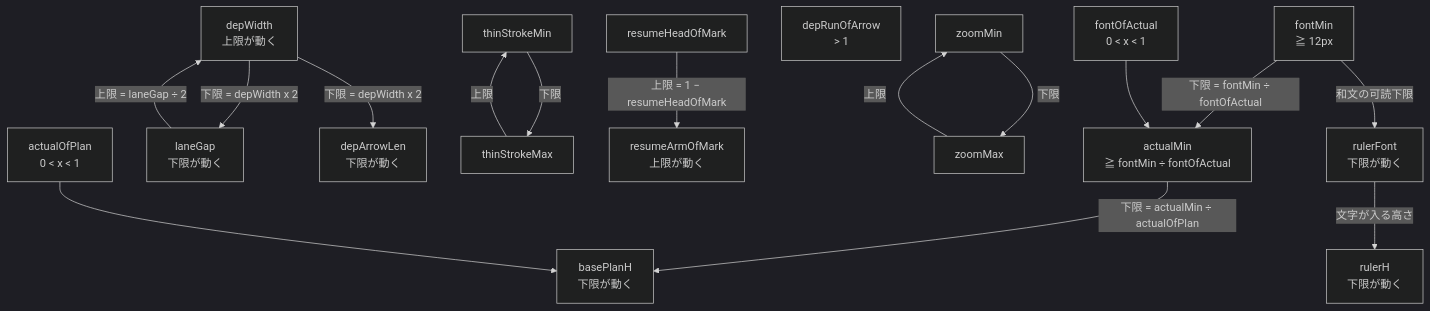
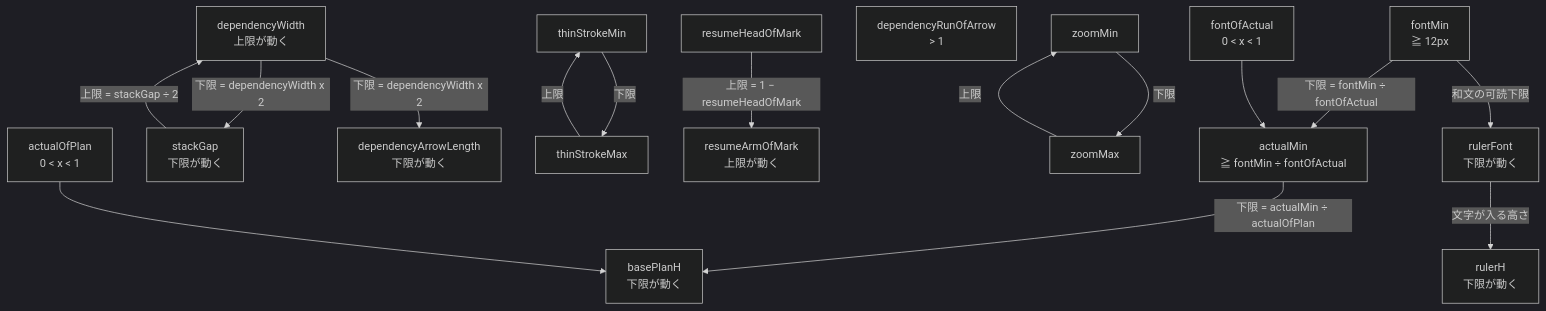
One commit to GoodRelax/gr-scheduler changed the third of 3 diagrams in handover/03-ui-naming/handover-ui-detail-spec-ja.md. Above: the diagram before and after it, drawn with Mermaid (dark theme). The commit also changed other lines of this file and 22 other files, not shown here.

````diff
--- a/handover/03-ui-naming/handover-ui-detail-spec-ja.md
+++ b/handover/03-ui-naming/handover-ui-detail-spec-ja.md
@@ -644,35 +644,35 @@
 ```mermaid
 graph TD
     fontMin["fontMin<br/>≧ 12px"]
     actualOfPlan["actualOfPlan<br/>0 &lt; x &lt; 1"]
     fontOfActual["fontOfActual<br/>0 &lt; x &lt; 1"]
     basePlanH["basePlanH<br/>下限が動く"]
-    depWidth["depWidth<br/>上限が動く"]
-    laneGap["laneGap<br/>下限が動く"]
-    depArrowLen["depArrowLen<br/>下限が動く"]
-    depRunOfArrow["depRunOfArrow<br/>&gt; 1"]
+    dependencyWidth["dependencyWidth<br/>上限が動く"]
+    stackGap["stackGap<br/>下限が動く"]
+    dependencyArrowLength["dependencyArrowLength<br/>下限が動く"]
+    dependencyRunOfArrow["dependencyRunOfArrow<br/>&gt; 1"]
     thinMin["thinStrokeMin"]
     thinMax["thinStrokeMax"]
     resumeArm["resumeArmOfMark<br/>上限が動く"]
     resumeHead["resumeHeadOfMark"]
     zoomMin["zoomMin"]
     zoomMax["zoomMax"]
     rulerFont["rulerFont<br/>下限が動く"]
     rulerH["rulerH<br/>下限が動く"]
 
     actualMin["actualMin<br/>≧ fontMin ÷ fontOfActual"]
     fontMin -- "下限 = fontMin ÷ fontOfActual" --> actualMin
     fontOfActual --> actualMin
     actualMin -- "下限 = actualMin ÷ actualOfPlan" --> basePlanH
     actualOfPlan --> basePlanH
     fontMin -- "和文の可読下限" --> rulerFont
     rulerFont -- "文字が入る高さ" --> rulerH
-    depWidth -- "下限 = depWidth x 2" --> laneGap
-    laneGap -- "上限 = laneGap ÷ 2" --> depWidth
-    depWidth -- "下限 = depWidth x 2" --> depArrowLen
+    dependencyWidth -- "下限 = dependencyWidth x 2" --> stackGap
+    stackGap -- "上限 = stackGap ÷ 2" --> dependencyWidth
+    dependencyWidth -- "下限 = dependencyWidth x 2" --> dependencyArrowLength
     thinMax -- "上限" --> thinMin
     thinMin -- "下限" --> thinMax
     resumeHead -- "上限 = 1 − resumeHeadOfMark" --> resumeArm
     zoomMax -- "上限" --> zoomMin
     zoomMin -- "下限" --> zoomMax
 ```
````
